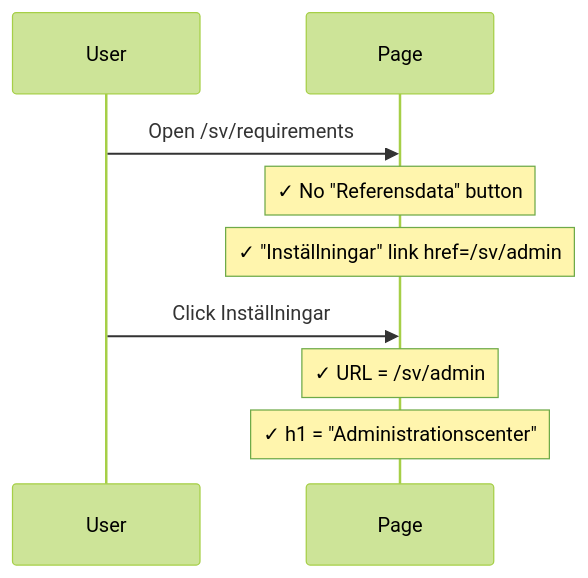
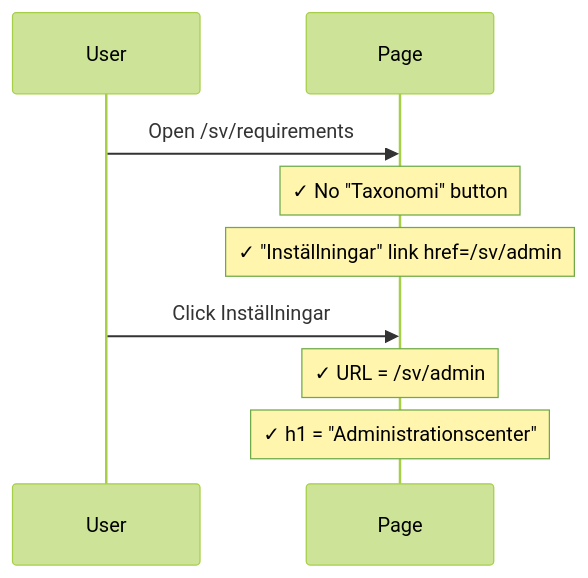
One commit to viscalyx/Kravhantering changed the second of 7 diagrams in tests/integration/admin-entrypoint.md. Above: the diagram before and after it, drawn with Mermaid (forest theme). The commit also changed other lines of this file and 45 other files, not shown here.

````diff
--- a/tests/integration/admin-entrypoint.md
+++ b/tests/integration/admin-entrypoint.md
@@ -87,12 +87,12 @@
 ```mermaid
 sequenceDiagram
     participant U as User
     participant P as Page
 
     U->>P: Open /sv/requirements
-    Note over P: ✓ No "Referensdata" button
+    Note over P: ✓ No "Taxonomi" button
     Note over P: ✓ "Inställningar" link href=/sv/admin
     U->>P: Click Inställningar
     Note over P: ✓ URL = /sv/admin
     Note over P: ✓ h1 = "Administrationscenter"
 ```
````
